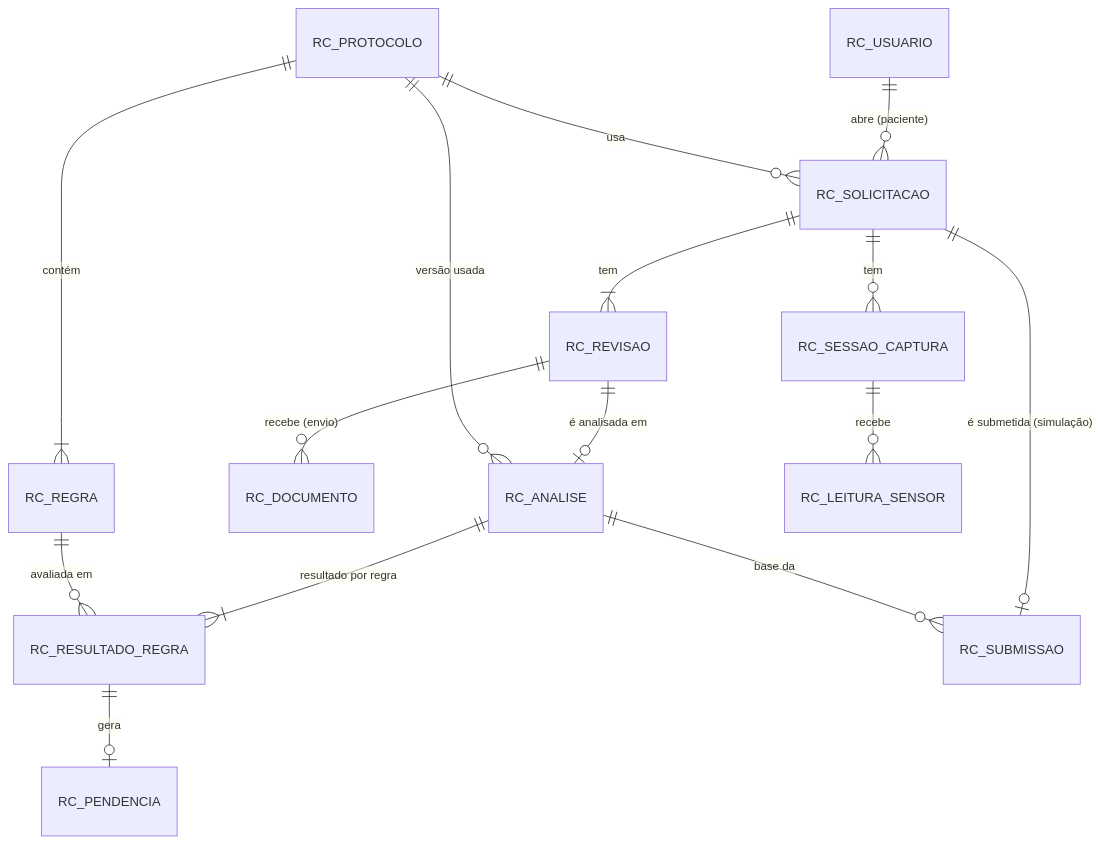
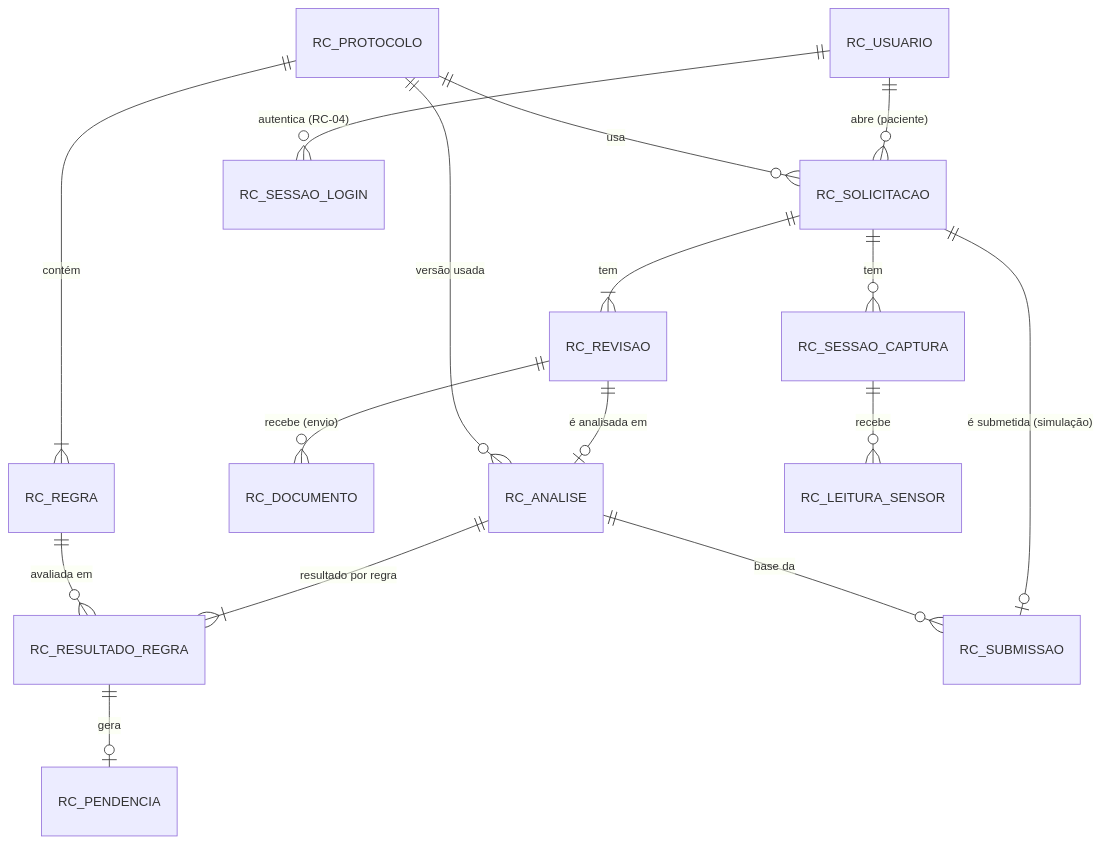
One commit to Code-Masters-F/RegulaCheck changed the diagram in docs/modelo-de-dados.md. Above: the diagram before and after it, drawn with Mermaid. The commit also changed other lines of this file and 72 other files, not shown here.

````diff
--- a/docs/modelo-de-dados.md
+++ b/docs/modelo-de-dados.md
@@ -7,17 +7,18 @@
 ```mermaid
 erDiagram
     RC_USUARIO ||--o{ RC_SOLICITACAO : "abre (paciente)"
+    RC_USUARIO ||--o{ RC_SESSAO_LOGIN : "autentica (RC-04)"
     RC_PROTOCOLO ||--|{ RC_REGRA : "contém"
     RC_PROTOCOLO ||--o{ RC_SOLICITACAO : "usa"
     RC_SOLICITACAO ||--|{ RC_REVISAO : "tem"
     RC_REVISAO ||--o{ RC_DOCUMENTO : "recebe (envio)"
     RC_REVISAO ||--o| RC_ANALISE : "é analisada em"
     RC_PROTOCOLO ||--o{ RC_ANALISE : "versão usada"
     RC_ANALISE ||--|{ RC_RESULTADO_REGRA : "resultado por regra"
     RC_REGRA ||--o{ RC_RESULTADO_REGRA : "avaliada em"
     RC_RESULTADO_REGRA ||--o| RC_PENDENCIA : "gera"
     RC_SOLICITACAO ||--o{ RC_SESSAO_CAPTURA : "tem"
     RC_SESSAO_CAPTURA ||--o{ RC_LEITURA_SENSOR : "recebe"
     RC_SOLICITACAO ||--o| RC_SUBMISSAO : "é submetida (simulação)"
     RC_ANALISE ||--o{ RC_SUBMISSAO : "base da"
 ```
````
